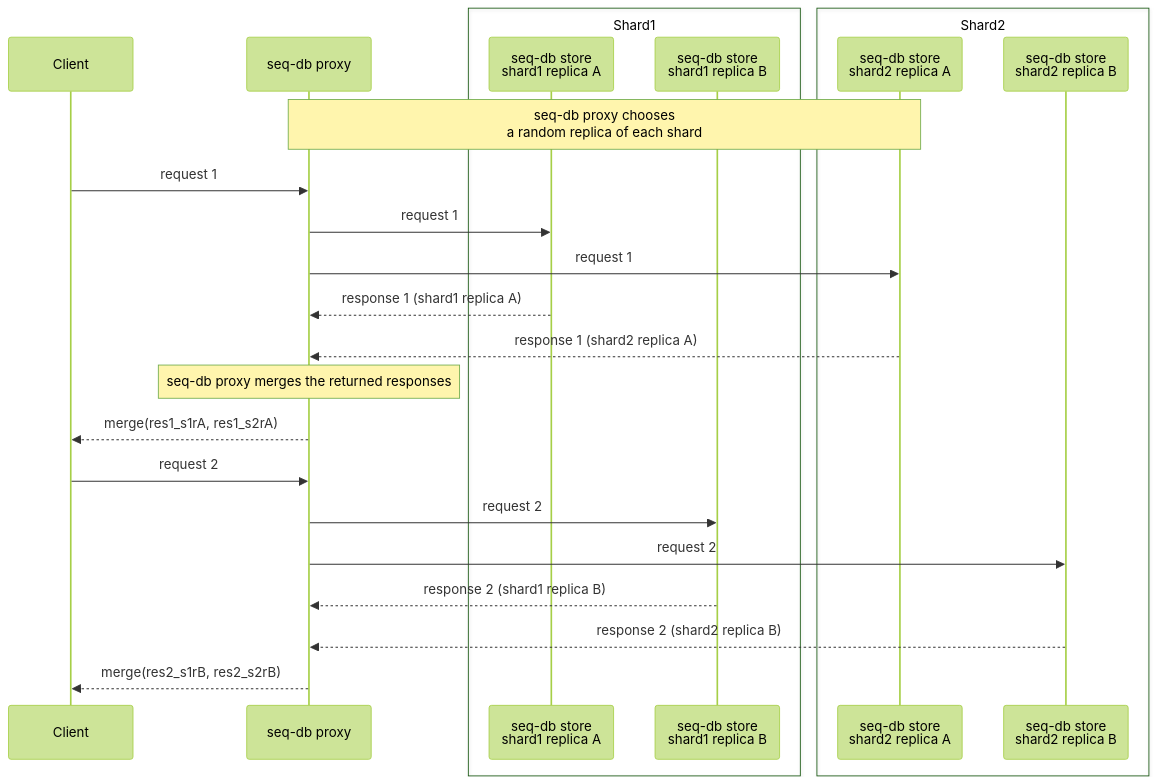
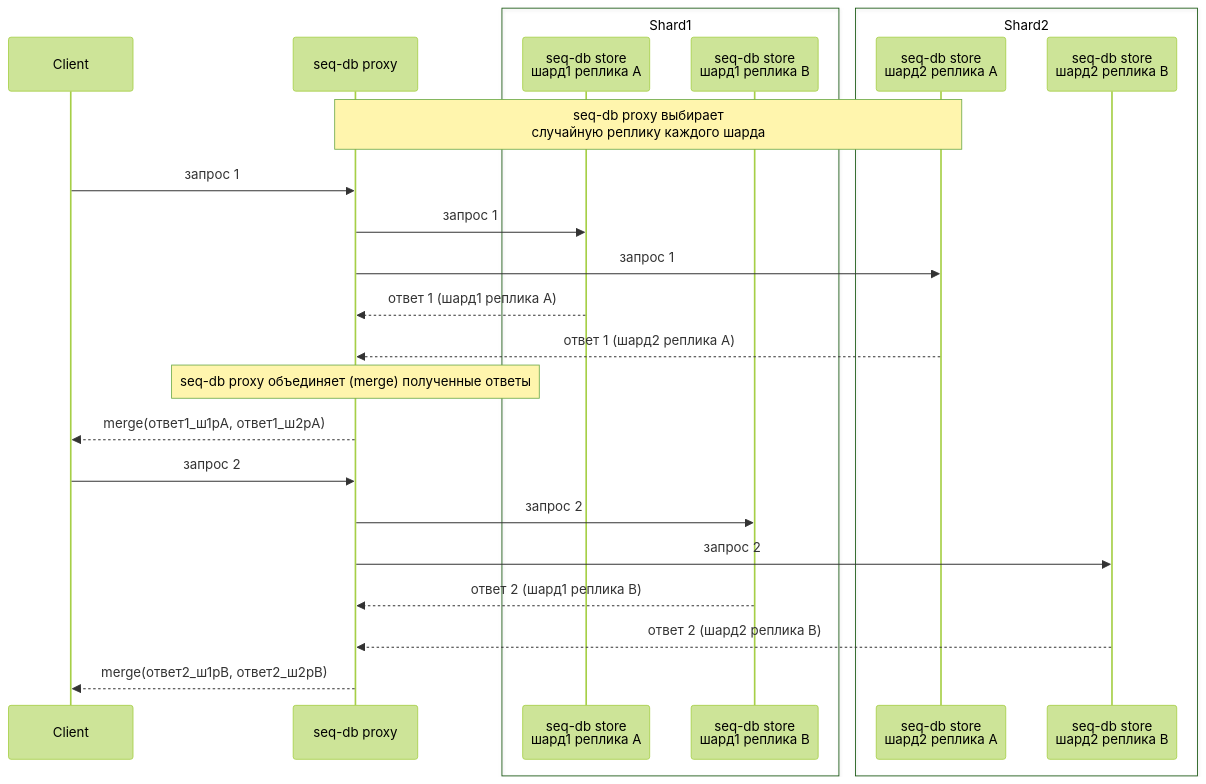
Before and after one commit to romanchechyotkin/seq-db: the second of 2 diagrams in docs/ru/13-architecture.md, drawn with Mermaid (forest theme). The commit also changed other lines of this file and 1 other file, not shown here.

Commit message:
docs: translate architecture docs to russian (#123)

````diff
--- a/docs/ru/13-architecture.md
+++ b/docs/ru/13-architecture.md
@@ -116,36 +100,35 @@
 ```mermaid
 sequenceDiagram
 
   participant Client
   participant Proxy as seq-db proxy
 
   box Shard1
-  participant A as seq-db store<br /> shard1 replica A
-  participant B as  seq-db store <br />shard1 replica B
+  participant A as seq-db store<br />шард1 реплика A
+  participant B as seq-db store<br />шард1 реплика B
   end 
   
   box Shard2
-  participant C as seq-db store <br /> shard2 replica A
-  participant D as seq-db store <br /> shard2 replica B
+  participant C as seq-db store<br />шард2 реплика A
+  participant D as seq-db store<br />шард2 реплика B
   end 
 
-  Note over Proxy,C: seq-db proxy chooses <br /> a random  replica of each shard
-  Client->>Proxy: request 1
-  Proxy->>A: request 1
-  Proxy->>C: request 1
+  Note over Proxy,C: seq-db proxy выбирает<br />случайную реплику каждого шарда
+  Client->>Proxy: запрос 1
+  Proxy->>A: запрос 1
+  Proxy->>C: запрос 1
 
-  A-->>Proxy: response 1 (shard1 replica A)
-  C-->>Proxy: response 1 (shard2 replica A)
-  Note over Proxy: seq-db proxy merges the returned responses
-  Proxy-->>Client: merge(res1_s1rA, res1_s2rA)
+  A-->>Proxy: ответ 1 (шард1 реплика A)
+  C-->>Proxy: ответ 1 (шард2 реплика A)
+  Note over Proxy: seq-db proxy объединяет (merge) полученные ответы
+  Proxy-->>Client: merge(ответ1_ш1рA, ответ1_ш2рA)
     
+  Client->>Proxy: запрос 2
+  Proxy->>B: запрос 2
+  Proxy->>D: запрос 2
 
-  Client->>Proxy: request 2
-  Proxy->>B: request 2
-  Proxy->>D: request 2
+  B-->>Proxy: ответ 2 (шард1 реплика B)
+  D-->>Proxy: ответ 2 (шард2 реплика B)
 
-  B-->>Proxy: response 2 (shard1 replica B)
-  D-->>Proxy: response 2 (shard2 replica B)
-
-  Proxy-->>Client: merge(res2_s1rB, res2_s2rB)
+  Proxy-->>Client: merge(ответ2_ш1рB, ответ2_ш2рB)
 ```
````
